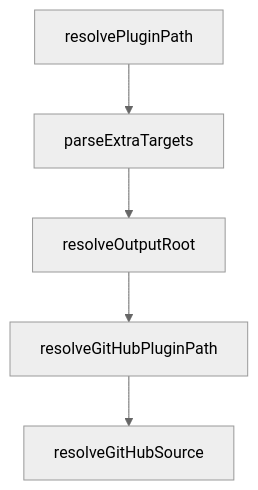
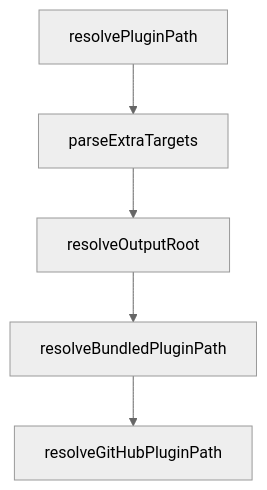
The diagram in tutorials/compound-engineering-plugin-tutorial/01-getting-started.md (johnxie/awesome-code-docs), drawn with Mermaid (neutral theme) before and after one commit. The commit also changed other lines of this file and 1232 other files, not shown here.

````diff
--- a/tutorials/compound-engineering-plugin-tutorial/01-getting-started.md
+++ b/tutorials/compound-engineering-plugin-tutorial/01-getting-started.md
@@ -220,12 +218,12 @@
 ```mermaid
 flowchart TD
     A[resolvePluginPath]
     B[parseExtraTargets]
     C[resolveOutputRoot]
-    D[resolveGitHubPluginPath]
-    E[resolveGitHubSource]
+    D[resolveBundledPluginPath]
+    E[resolveGitHubPluginPath]
     A --> B
     B --> C
     C --> D
     D --> E
 ```
````
